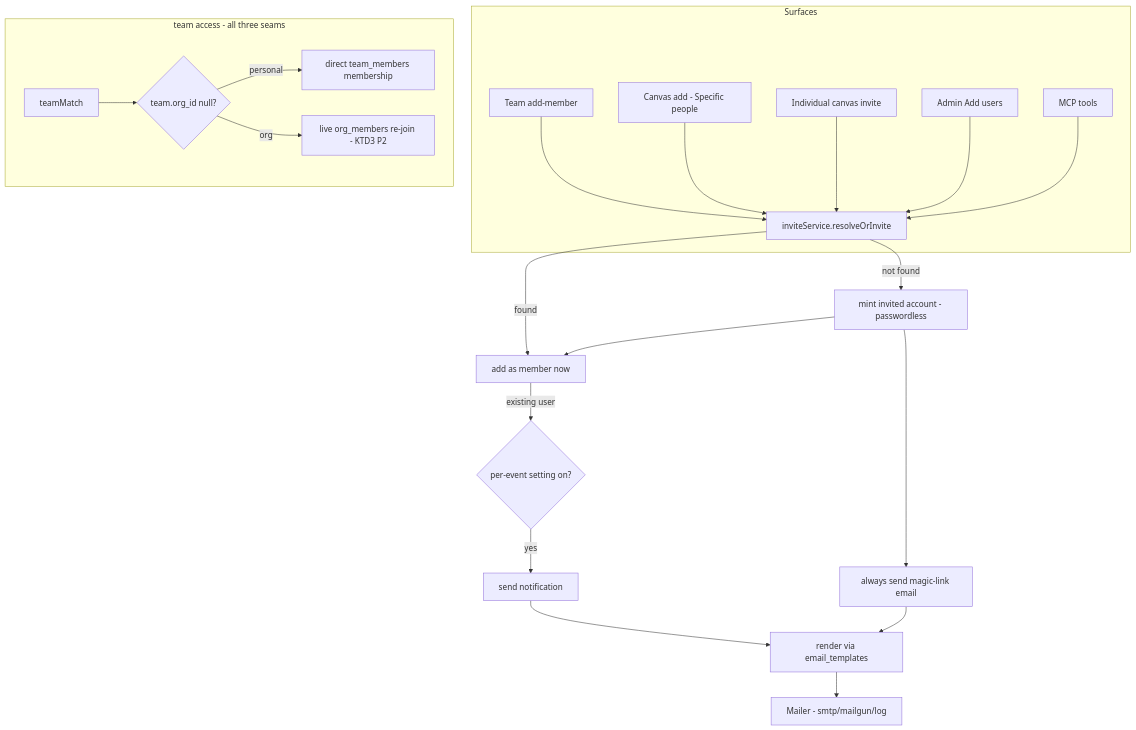
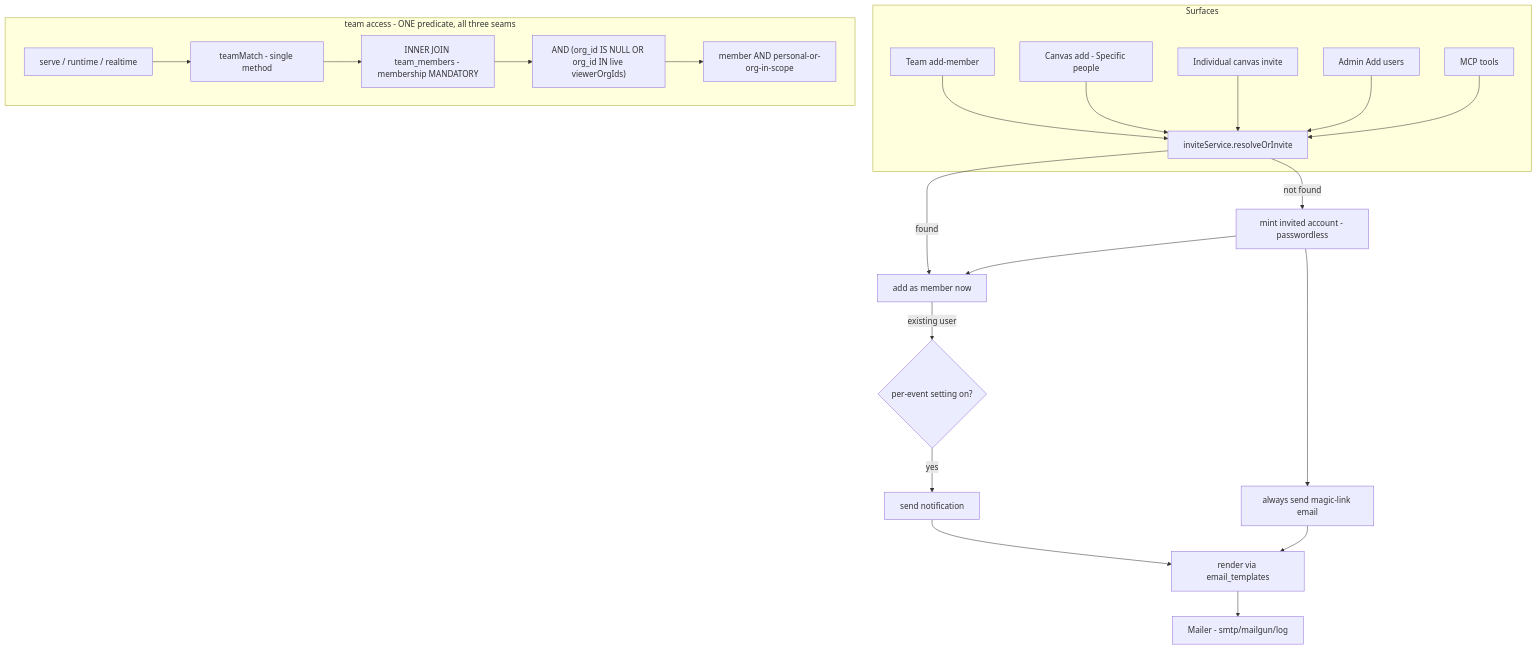
The diagram in docs/plans/2026-06-21-001-feat-personal-teams-and-invites-plan.md (markpasternak/canvas-drop), drawn with Mermaid before and after one commit. The commit also changed other lines of this file, not shown here.

First line of the commit message:
docs(plan): lower the #1 invariant risk — one widened predicate, not a branch

````diff
--- a/docs/plans/2026-06-21-001-feat-personal-teams-and-invites-plan.md
+++ b/docs/plans/2026-06-21-001-feat-personal-teams-and-invites-plan.md
@@ -188,25 +198,26 @@
 ```mermaid
 flowchart TD
   subgraph Surfaces
     TA[Team add-member] --> INV
     CA[Canvas add - Specific people] --> INV
     CI[Individual canvas invite] --> INV
     AU[Admin Add users] --> INV
     MCP[MCP tools] --> INV
   end
   INV[inviteService.resolveOrInvite] -->|found| ADD[add as member now]
   INV -->|not found| NEW[mint invited account - passwordless]
   NEW --> ADD
   NEW --> LINK[always send magic-link email]
   ADD -->|existing user| NOTIFY{per-event setting on?}
   NOTIFY -->|yes| MAIL[send notification]
   LINK --> TPL[render via email_templates]
   MAIL --> TPL
   TPL --> MAILER[Mailer - smtp/mailgun/log]
 
-  subgraph AccessInvariant[team access - all three seams]
-    TM[teamMatch] --> ORGQ{team.org_id null?}
-    ORGQ -->|personal| DIRECT[direct team_members membership]
-    ORGQ -->|org| REJOIN[live org_members re-join - KTD3 P2]
+  subgraph AccessInvariant[team access - ONE predicate, all three seams]
+    SEAMS[serve / runtime / realtime] --> TM[teamMatch - single method]
+    TM --> JOIN[INNER JOIN team_members - membership MANDATORY]
+    JOIN --> GATE["AND (org_id IS NULL OR org_id IN live viewerOrgIds)"]
+    GATE --> OUT[member AND personal-or-org-in-scope]
   end
 ```
````
